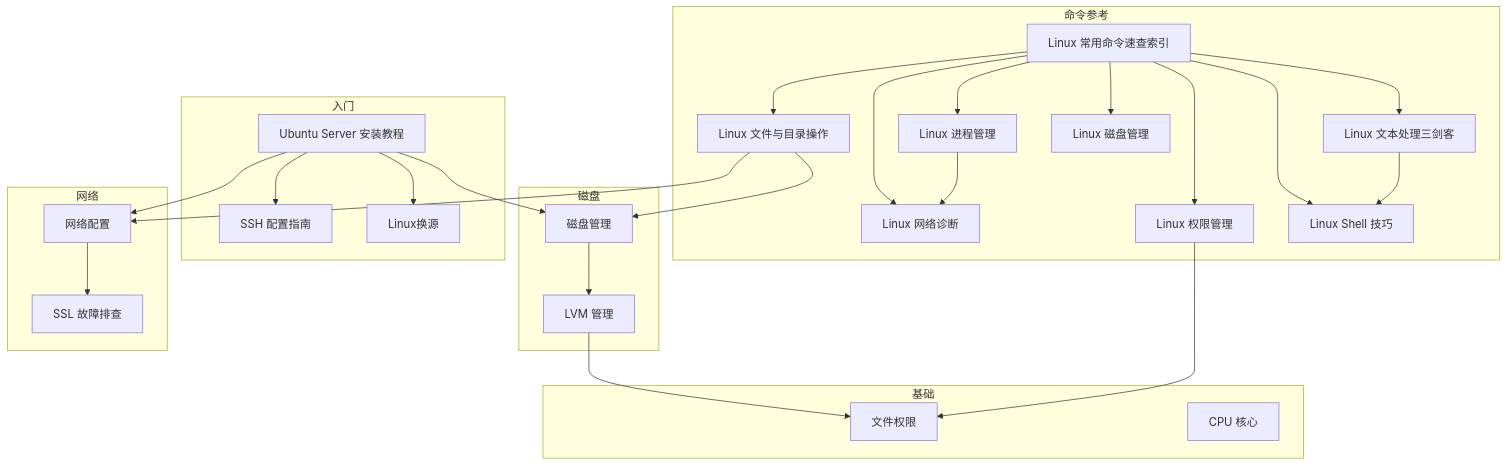
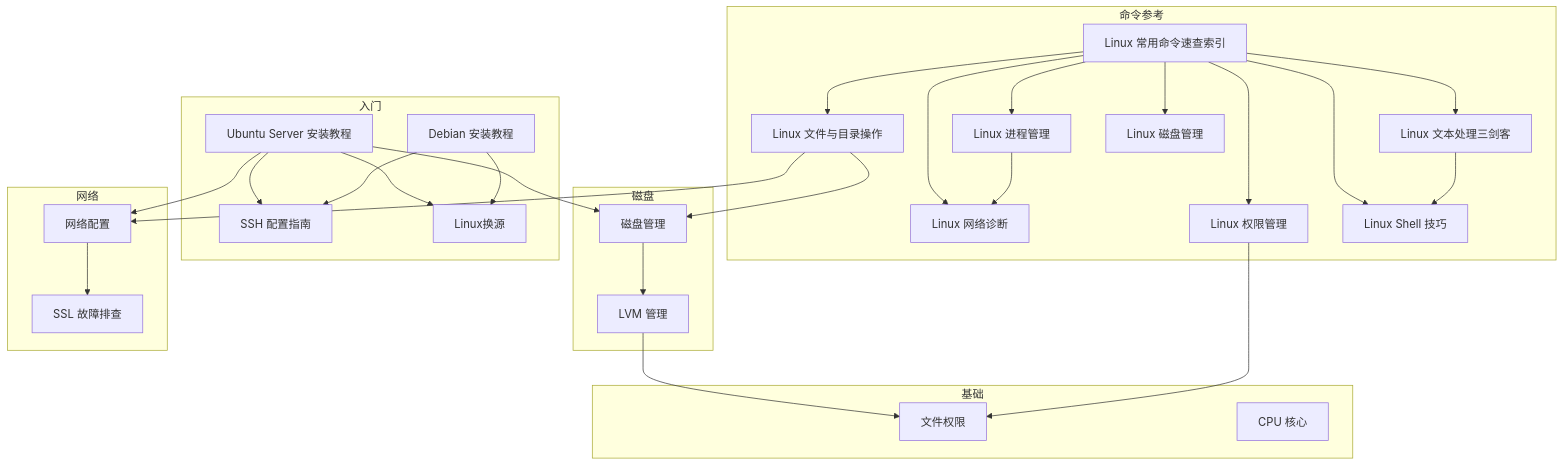
The fourth of 4 diagrams in linux/linux MOC.md (Treasoni/Study-Notes), drawn with Mermaid before and after one commit. The commit also changed other lines of this file and 2 other files, not shown here.

Commit message:
docs: workspace.json,linux MOC.md debian\347\263\273\347\273\237\345\256\211\350\243\205\346\225\231\347\250\213.workflow.md"

````diff
--- a/linux/linux MOC.md
+++ b/linux/linux MOC.md
@@ -275,54 +286,57 @@
 ```mermaid
 graph TB
     subgraph 入门
         A[Ubuntu Server 安装教程]
+        A2[Debian 安装教程]
         B[SSH 配置指南]
         C[Linux换源]
     end
-    
+
     subgraph 命令参考
         J[Linux 常用命令速查索引]
         K[Linux 文件与目录操作]
         L[Linux 文本处理三剑客]
         M[Linux 进程管理]
         N[Linux 网络诊断]
         O[Linux 权限管理]
         P[Linux 磁盘管理]
         Q[Linux Shell 技巧]
     end
 
     subgraph 磁盘
         D[磁盘管理]
         E[LVM 管理]
     end
 
     subgraph 网络
         F[网络配置]
         G[SSL 故障排查]
     end
 
     subgraph 基础
         H[文件权限]
         I[CPU 核心]
     end
 
     A --> D
     A --> F
     A --> B
     A --> C
+    A2 --> C
+    A2 --> B
     D --> E
     F --> G
     E --> H
     J --> K
     J --> L
     J --> M
     J --> N
     J --> O
     J --> P
     J --> Q
     K --> D
     K --> F
     L --> Q
     M --> N
     O --> H
 ```
````
